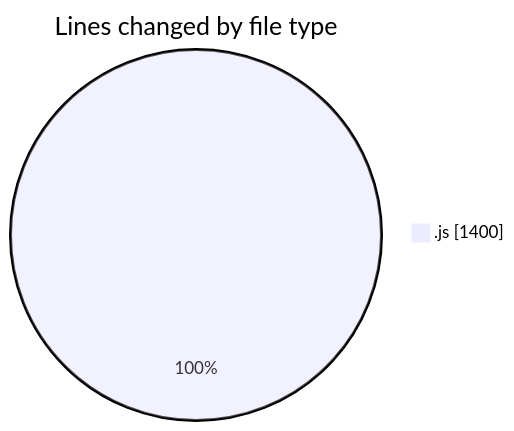
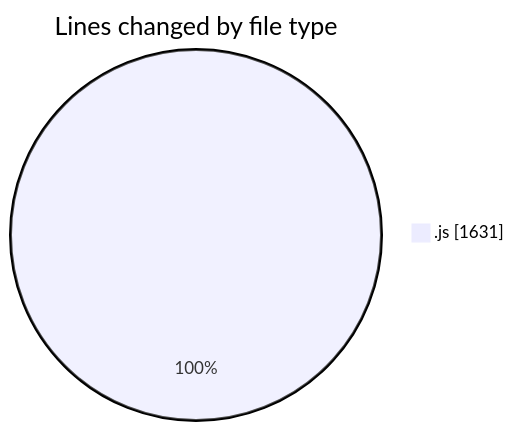
Before and after one commit to BS-eng2023/code-tracking: the first of 2 diagrams in 2025-04-03/jsvms/README.md, drawn with Mermaid. The commit also changed other lines of this file and 1 other file, not shown here.

````diff
--- a/2025-04-03/jsvms/README.md
+++ b/2025-04-03/jsvms/README.md
@@ -30,5 +31,5 @@
 ```mermaid
 pie showData
 title Lines changed by file type
-".js" : 1400
+".js" : 1631
 ```
````
